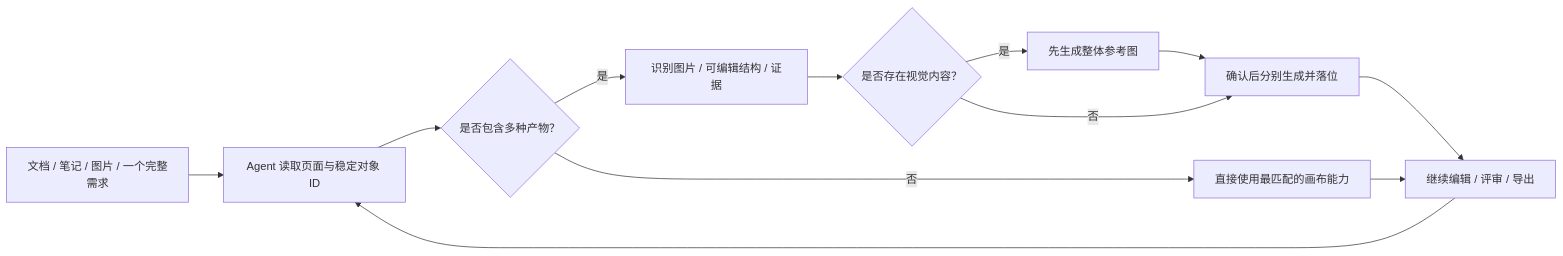
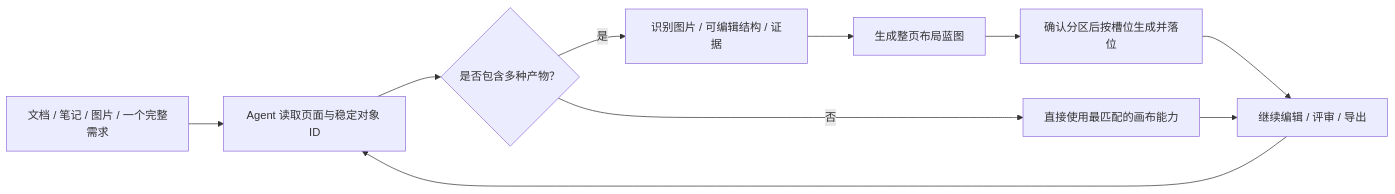
Before and after one commit to suud003/Cowart: the first of 2 diagrams in README.md, drawn with Mermaid. The commit also changed other lines of this file and 19 other files, not shown here.

````diff
--- a/README.md
+++ b/README.md
@@ -42,14 +42,12 @@
 ```mermaid
 flowchart LR
   A["文档 / 笔记 / 图片 / 一个完整需求"] --> B["Agent 读取页面与稳定对象 ID"]
   B --> C{"是否包含多种产物？"}
   C -->|是| D["识别图片 / 可编辑结构 / 证据"]
-  D --> E{"是否存在视觉内容？"}
-  E -->|是| F["先生成整体参考图"]
-  F --> I["确认后分别生成并落位"]
-  E -->|否| I
+  D --> F["生成整页布局蓝图"]
+  F --> I["确认分区后按槽位生成并落位"]
   C -->|否| G["直接使用最匹配的画布能力"]
   I --> H["继续编辑 / 评审 / 导出"]
   G --> H
   H --> B
 ```
````
